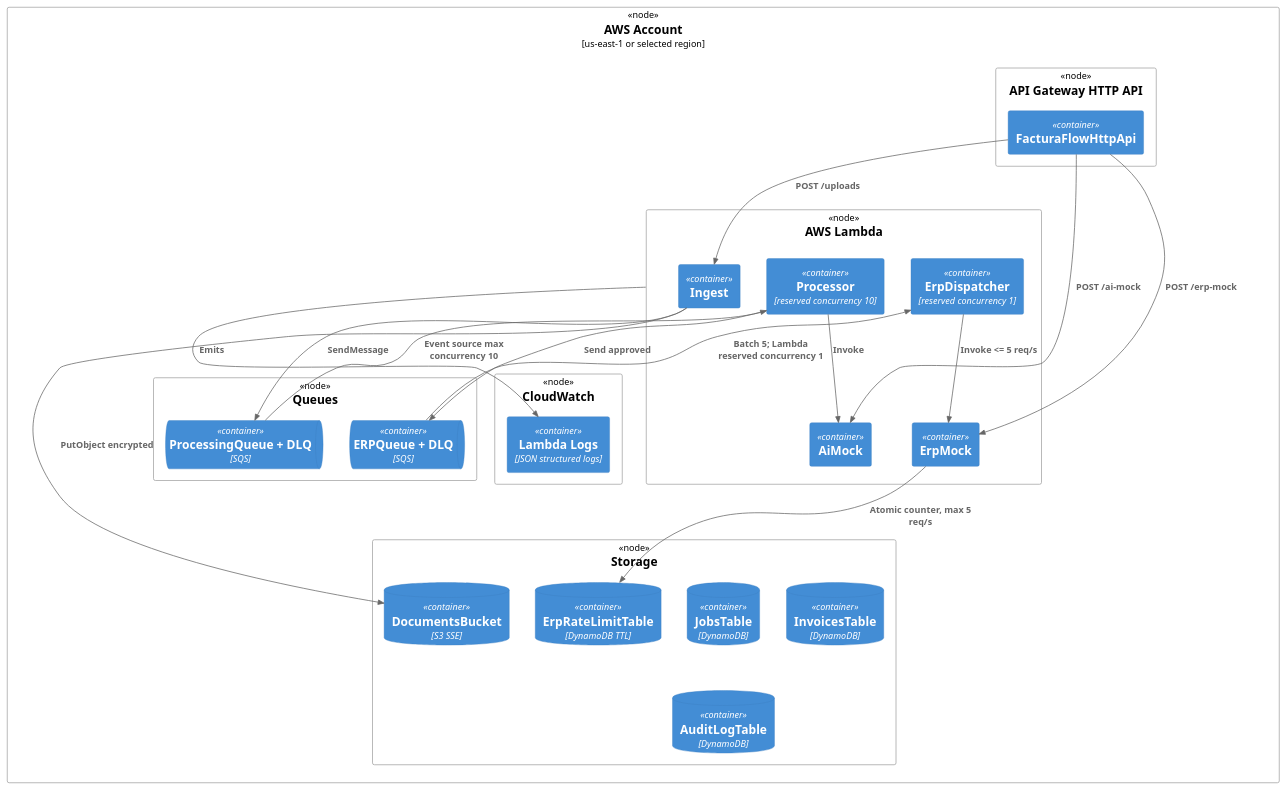
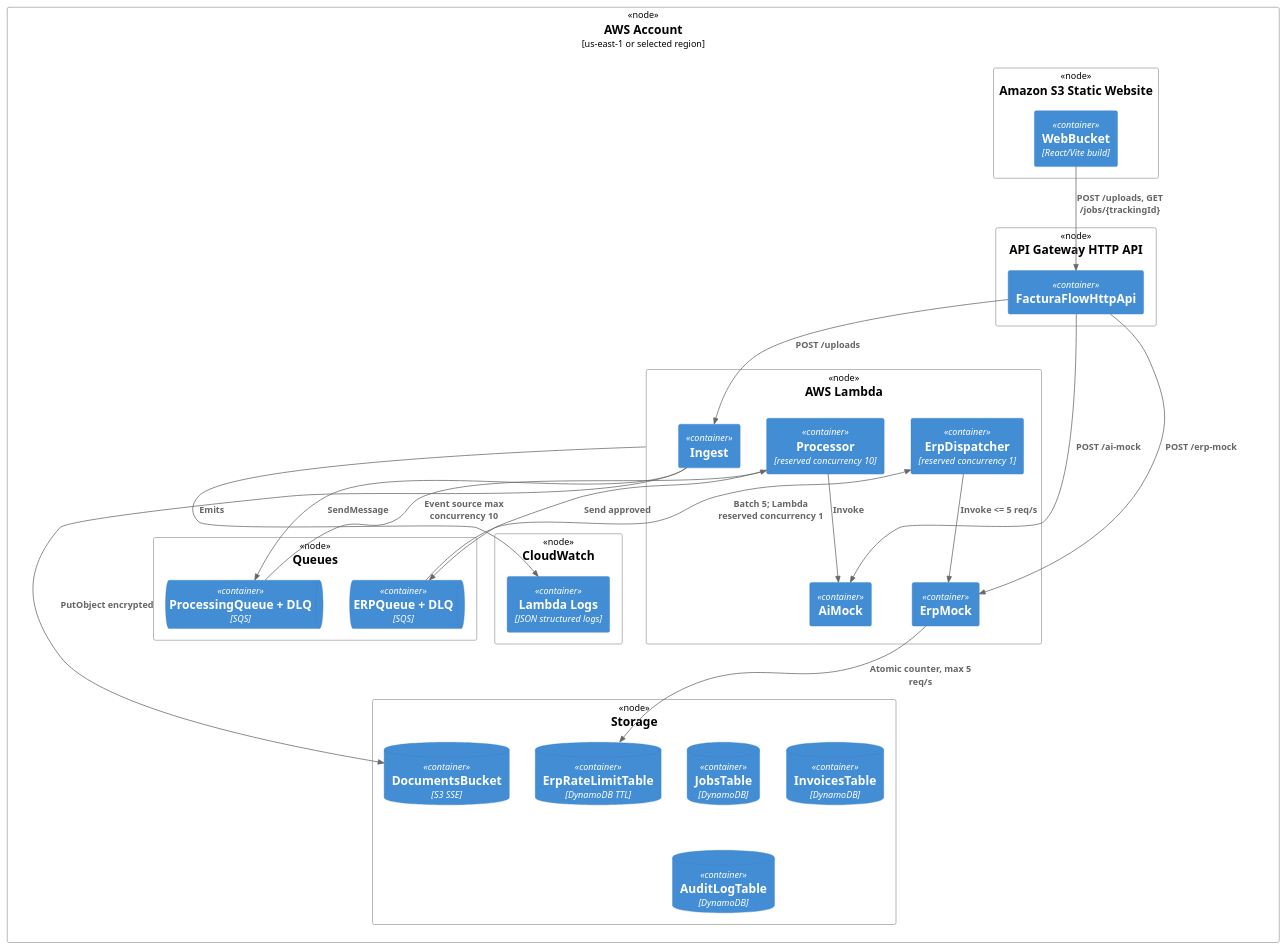
Before and after one commit to JimeneZz007/FacturaFlow: the diagram in docs/diagrams/deployment-aws.puml, drawn with PlantUML. The commit also changed 30 other files, not shown here.

```diff
--- a/docs/diagrams/deployment-aws.puml
+++ b/docs/diagrams/deployment-aws.puml
@@ -1,43 +1,47 @@
 @startuml
 !include https://raw.githubusercontent.com/plantuml-stdlib/C4-PlantUML/master/C4_Deployment.puml
 
 Deployment_Node(aws, "AWS Account", "us-east-1 or selected region") {
   Deployment_Node(apiNode, "API Gateway HTTP API") {
     Container(api, "FacturaFlowHttpApi")
+  }
+  Deployment_Node(webNode, "Amazon S3 Static Website") {
+    Container(web, "WebBucket", "React/Vite build")
   }
   Deployment_Node(lambdaNode, "AWS Lambda") {
     Container(ingest, "Ingest")
     Container(processor, "Processor", "reserved concurrency 10")
     Container(ai, "AiMock")
     Container(dispatcher, "ErpDispatcher", "reserved concurrency 1")
     Container(erp, "ErpMock")
   }
   Deployment_Node(storageNode, "Storage") {
     ContainerDb(s3, "DocumentsBucket", "S3 SSE")
     ContainerDb(jobs, "JobsTable", "DynamoDB")
     ContainerDb(invoices, "InvoicesTable", "DynamoDB")
     ContainerDb(audit, "AuditLogTable", "DynamoDB")
     ContainerDb(erpLimit, "ErpRateLimitTable", "DynamoDB TTL")
   }
   Deployment_Node(queueNode, "Queues") {
     ContainerQueue(pq, "ProcessingQueue + DLQ", "SQS")
     ContainerQueue(eq, "ERPQueue + DLQ", "SQS")
   }
   Deployment_Node(obs, "CloudWatch") {
     Container(logs, "Lambda Logs", "JSON structured logs")
   }
 }
 
 Rel(api, ingest, "POST /uploads")
+Rel(web, api, "POST /uploads, GET /jobs/{trackingId}")
 Rel(api, ai, "POST /ai-mock")
 Rel(api, erp, "POST /erp-mock")
 Rel(ingest, s3, "PutObject encrypted")
 Rel(ingest, pq, "SendMessage")
 Rel(pq, processor, "Event source max concurrency 10")
 Rel(processor, ai, "Invoke")
 Rel(processor, eq, "Send approved")
 Rel(eq, dispatcher, "Batch 5; Lambda reserved concurrency 1")
 Rel(dispatcher, erp, "Invoke <= 5 req/s")
 Rel(erp, erpLimit, "Atomic counter, max 5 req/s")
 Rel(lambdaNode, logs, "Emits")
 @enduml
```
